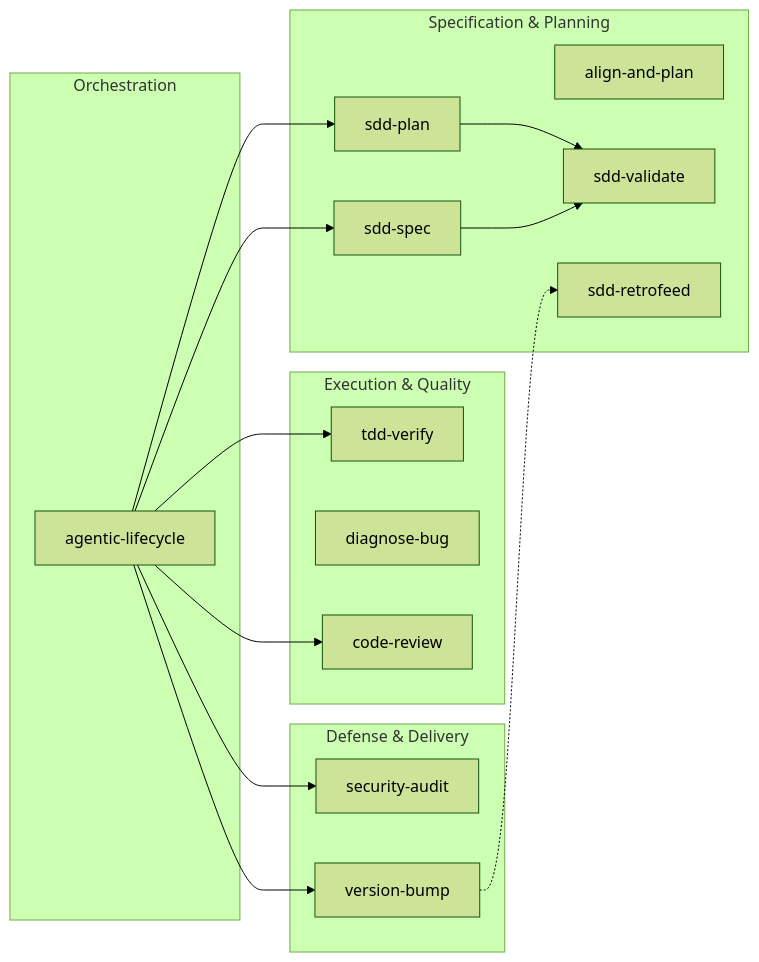
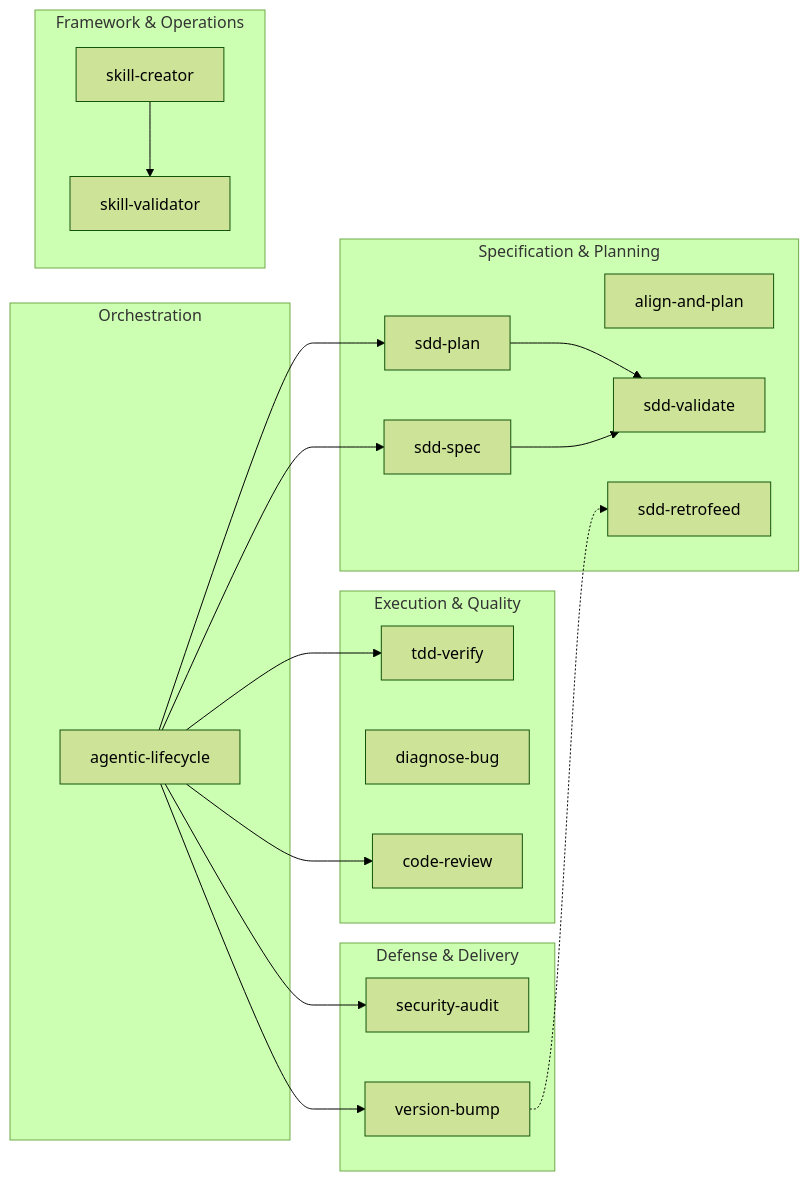
The third of 4 diagrams in README.md (jmblanco/agentic-engineering-framework), drawn with Mermaid (forest theme) before and after one commit. The commit also changed other lines of this file and 6 other files, not shown here.

Commit message:
feat(repo): add agent configuration, skill-creator, skill-validator, and validation scripts

````diff
--- a/README.md
+++ b/README.md
@@ -90,32 +90,37 @@
 ```mermaid
 graph LR
     subgraph Orchestration
         AL["agentic-lifecycle"]
     end
     subgraph SDD_Suite["Specification & Planning"]
         SS["sdd-spec"]
         AP["align-and-plan"]
         SP["sdd-plan"]
         SV["sdd-validate"]
         SR["sdd-retrofeed"]
     end
     subgraph Implementation_Quality["Execution & Quality"]
         TV["tdd-verify"]
         DB["diagnose-bug"]
         CR["code-review"]
     end
     subgraph Security_Release["Defense & Delivery"]
         SEC["security-audit"]
         VB["version-bump"]
     end
+    subgraph Skill_Ops["Framework & Operations"]
+        SC["skill-creator"]
+        SKV["skill-validator"]
+    end
 
     AL --> SS
     AL --> SP
     AL --> TV
     AL --> CR
     AL --> SEC
     AL --> VB
     SP --> SV
     SS --> SV
     VB -.-> SR
+    SC --> SKV
 ```
````
